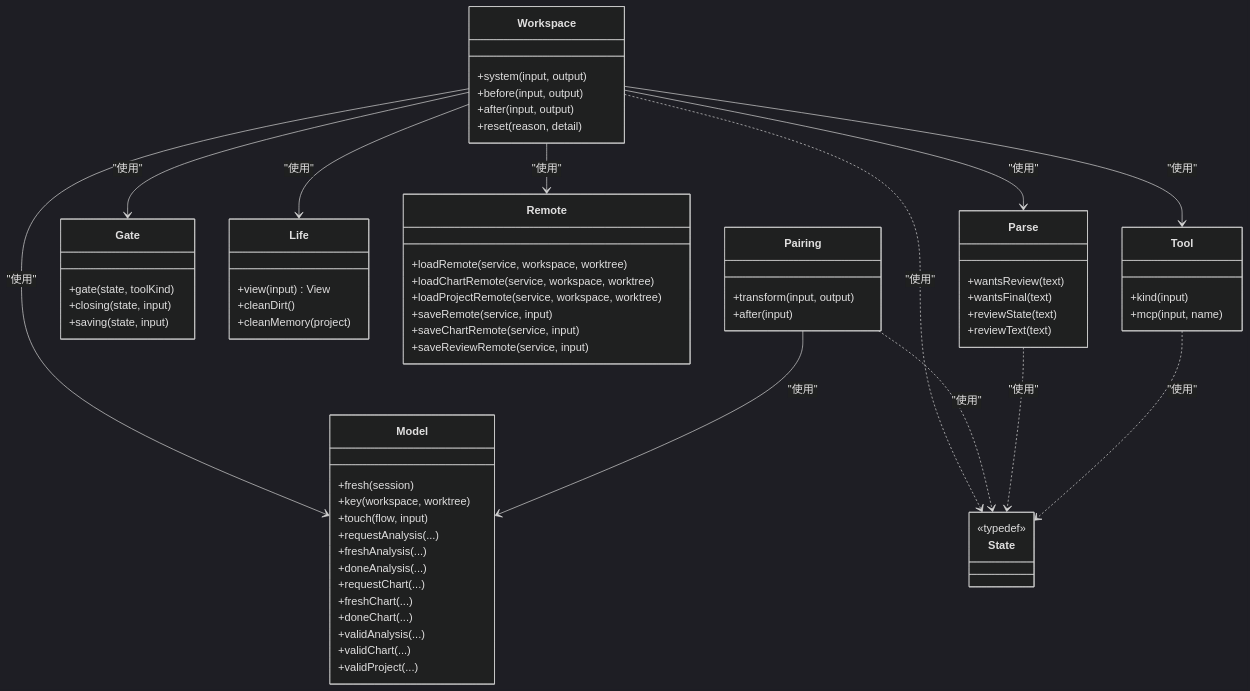
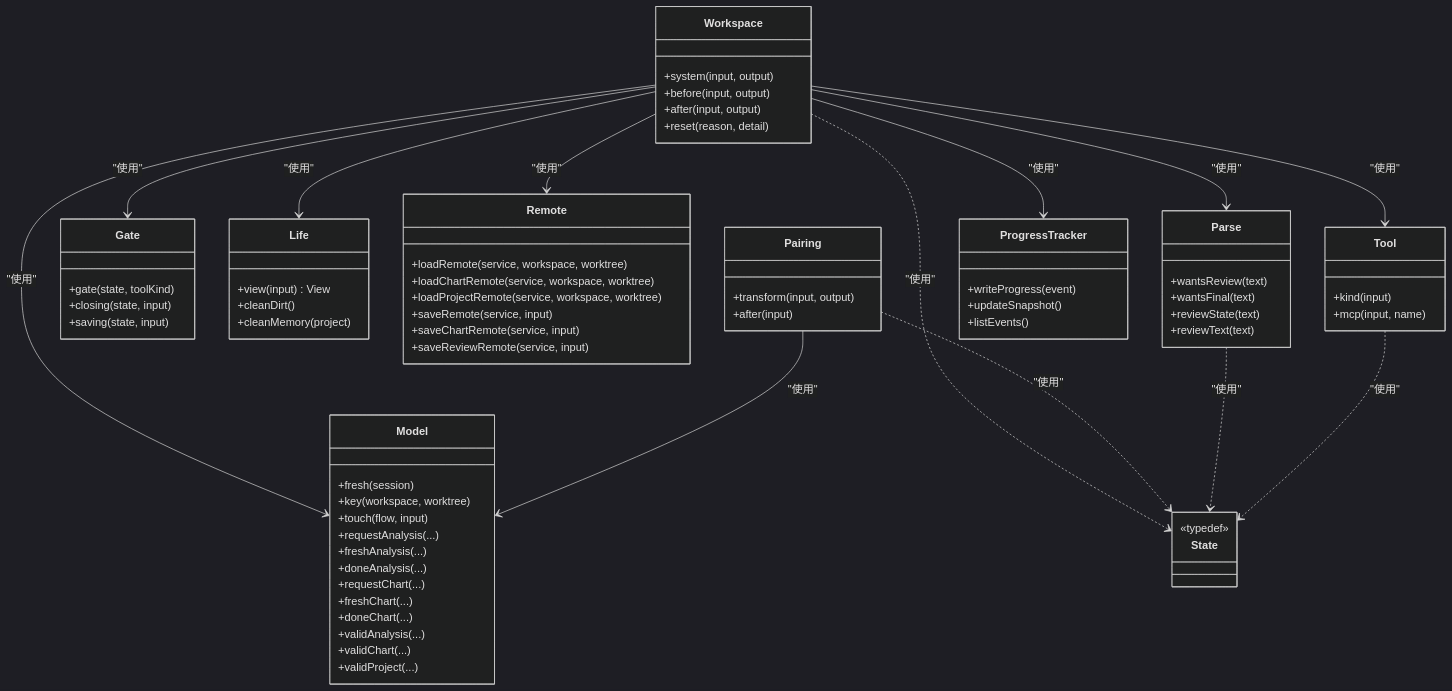
The fifth of 5 diagrams in .lingma/repowiki/zh/content/API参考/SmartX工作流API.md (89780012/opencode), drawn with Mermaid (dark theme) before and after one commit. The commit also changed other lines of this file and 3 other files, not shown here.

````diff
--- a/.lingma/repowiki/zh/content/API参考/SmartX工作流API.md
+++ b/.lingma/repowiki/zh/content/API参考/SmartX工作流API.md
@@ -284,69 +382,75 @@
 ```mermaid
 classDiagram
 class Workspace {
 +system(input, output)
 +before(input, output)
 +after(input, output)
 +reset(reason, detail)
 }
 class Pairing {
 +transform(input, output)
 +after(input)
 }
 class Gate {
 +gate(state, toolKind)
 +closing(state, input)
 +saving(state, input)
 }
 class Life {
 +view(input) View
 +cleanDirt()
 +cleanMemory(project)
 }
 class Model {
 +fresh(session)
 +key(workspace, worktree)
 +touch(flow, input)
 +requestAnalysis(...)
 +freshAnalysis(...)
 +doneAnalysis(...)
 +requestChart(...)
 +freshChart(...)
 +doneChart(...)
 +validAnalysis(...)
 +validChart(...)
 +validProject(...)
 }
 class Remote {
 +loadRemote(service, workspace, worktree)
 +loadChartRemote(service, workspace, worktree)
 +loadProjectRemote(service, workspace, worktree)
 +saveRemote(service, input)
 +saveChartRemote(service, input)
 +saveReviewRemote(service, input)
 }
 class Parse {
 +wantsReview(text)
 +wantsFinal(text)
 +reviewState(text)
 +reviewText(text)
 }
 class State {
 <<typedef>>
 }
 class Tool {
 +kind(input)
 +mcp(input, name)
 }
+class ProgressTracker {
++writeProgress(event)
++updateSnapshot()
++listEvents()
+}
 Workspace --> Gate : "使用"
 Workspace --> Life : "使用"
 Workspace --> Model : "使用"
 Workspace --> Remote : "使用"
 Workspace --> Parse : "使用"
 Workspace --> Tool : "使用"
+Workspace --> ProgressTracker : "使用"
 Pairing --> Model : "使用"
 Workspace ..> State : "使用"
 Pairing ..> State : "使用"
 Parse ..> State : "使用"
 Tool ..> State : "使用"
 ```
````
